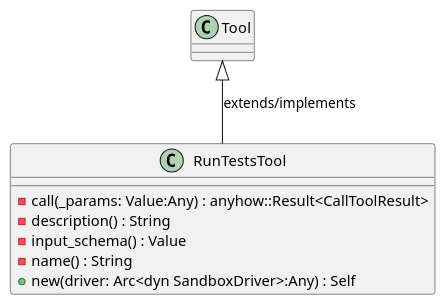
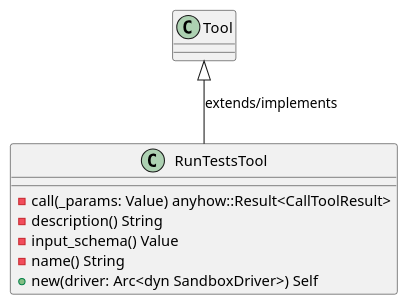
The first of 6 diagrams in openwiki/crates_factory_mcp_server_src_tools_run_tests.md (lgcorzo/rust_CACD_autonomous_factory), drawn with PlantUML before and after one commit. The commit also changed other lines of this file and 97 other files, not shown here.

First line of the commit message:
Fix Rust AST parsing for method and function parameters, and update OKF UML frontmatter

````diff
--- a/openwiki/crates_factory_mcp_server_src_tools_run_tests.md
+++ b/openwiki/crates_factory_mcp_server_src_tools_run_tests.md
@@ -74,13 +79,13 @@
 ```plantuml
 @startuml
 class RunTestsTool {
-    -call(_params: Value:Any) : anyhow::Result<CallToolResult>
-    -description() : String
-    -input_schema() : Value
-    -name() : String
-    +new(driver: Arc<dyn SandboxDriver>:Any) : Self
+    -call(_params: Value) anyhow::Result<CallToolResult>
+    -description() String
+    -input_schema() Value
+    -name() String
+    +new(driver: Arc<dyn SandboxDriver>) Self
 }
 Tool <|-- RunTestsTool : extends/implements
 @enduml
 
 ```
````
